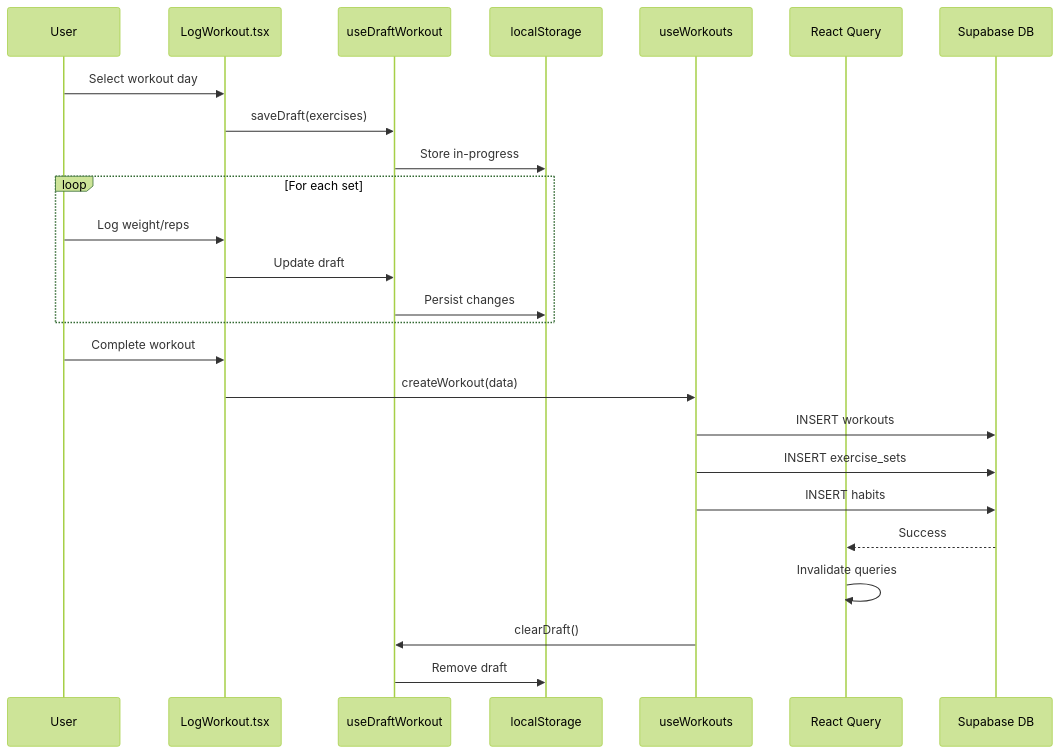
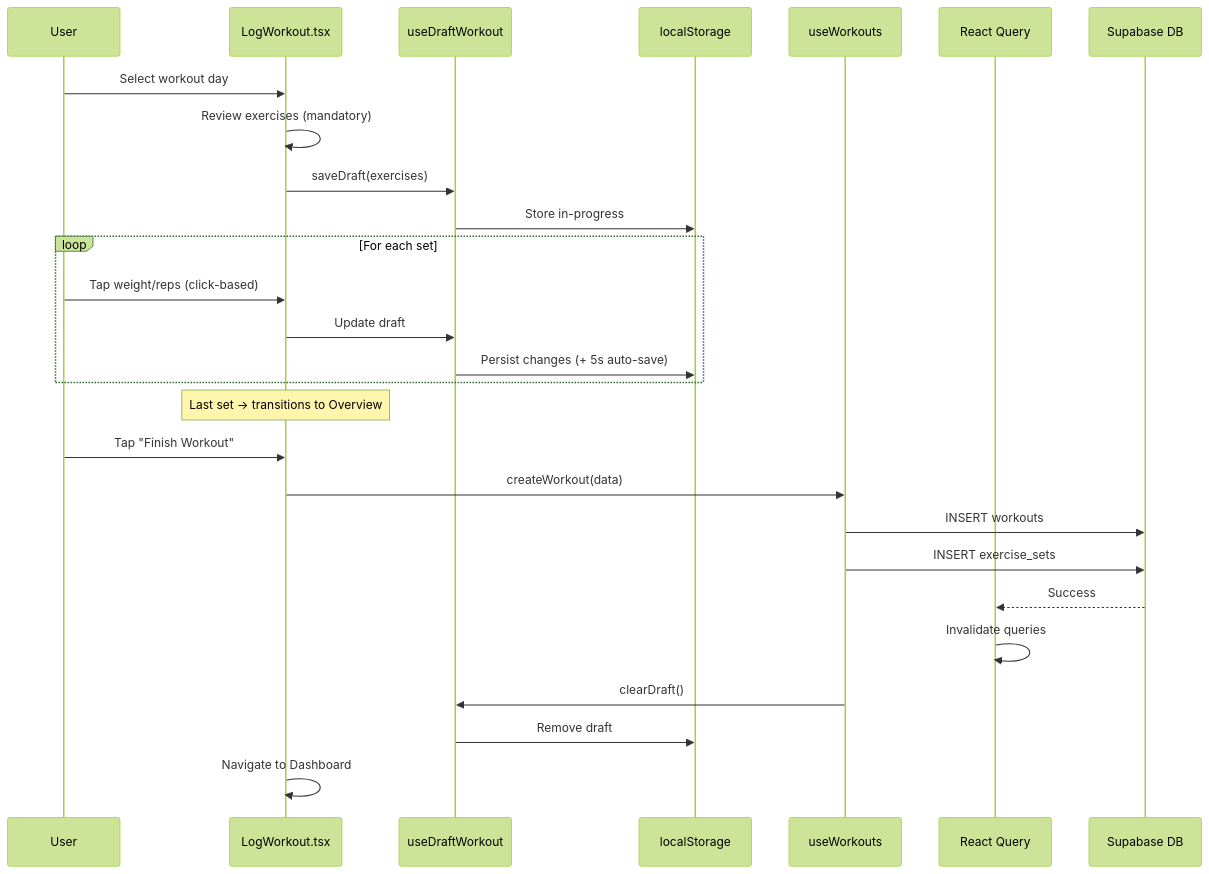
Before and after one commit to Imdavid21/reptrack: the second of 6 diagrams in README.md, drawn with Mermaid (forest theme). The commit also changed other lines of this file, not shown here.

````diff
--- a/README.md
+++ b/README.md
@@ -178,30 +194,32 @@
 ```mermaid
 sequenceDiagram
     participant U as User
     participant UI as LogWorkout.tsx
     participant Draft as useDraftWorkout
     participant LS as localStorage
     participant WH as useWorkouts
     participant RQ as React Query
     participant DB as Supabase DB
 
     U->>UI: Select workout day
+    UI->>UI: Review exercises (mandatory)
     UI->>Draft: saveDraft(exercises)
     Draft->>LS: Store in-progress
     
     loop For each set
-        U->>UI: Log weight/reps
+        U->>UI: Tap weight/reps (click-based)
         UI->>Draft: Update draft
-        Draft->>LS: Persist changes
+        Draft->>LS: Persist changes (+ 5s auto-save)
     end
 
-    U->>UI: Complete workout
+    Note over UI: Last set → transitions to Overview
+    U->>UI: Tap "Finish Workout"
     UI->>WH: createWorkout(data)
     WH->>DB: INSERT workouts
     WH->>DB: INSERT exercise_sets
-    WH->>DB: INSERT habits
     DB-->>RQ: Success
     RQ->>RQ: Invalidate queries
     WH->>Draft: clearDraft()
     Draft->>LS: Remove draft
+    UI->>UI: Navigate to Dashboard
 ```
````
